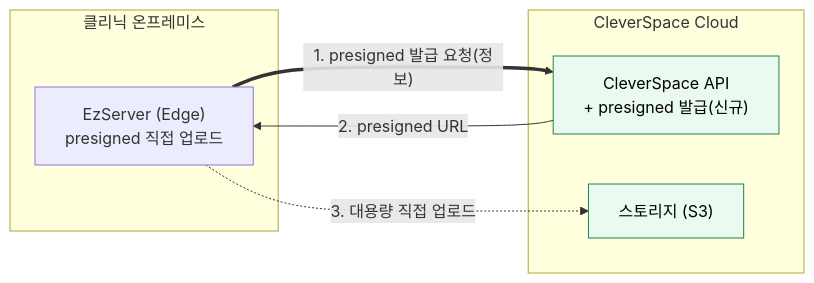
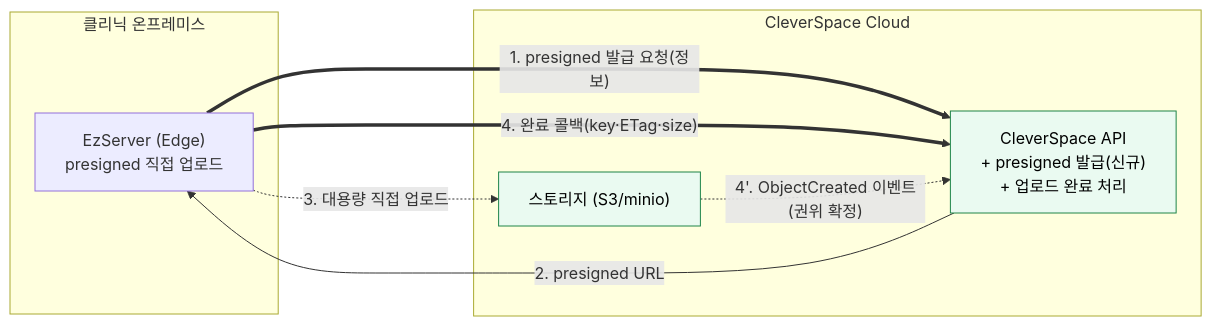
The fifth of 7 diagrams in docs/CleverAPI호환성체크/VatechAPIGateway_통합_Roadmap_보고서.md (gracegyu/scp-architecture), drawn with Mermaid before and after one commit. The commit also changed other lines of this file, not shown here.

Commit message:
문서 업데이트: VatechAPIGateway 통합 로드맵 보고서에서 업로드 완료 확인 방식(완료 콜백 + 스토리지 이벤트 조합)을 추가하고, 데이터 경로 분리 및 GW 단일 경유 변경 사항을 명확히 하여 문서의 이해도를 높였습니다. 이를 통해 통합 과정에서의 요구 사항과 절차를 구체적으로 정리하였습니다.

````diff
--- a/docs/CleverAPI호환성체크/VatechAPIGateway_통합_Roadmap_보고서.md
+++ b/docs/CleverAPI호환성체크/VatechAPIGateway_통합_Roadmap_보고서.md
@@ -260,17 +263,19 @@
 ```mermaid
 flowchart LR
     subgraph CLINIC["클리닉 온프레미스"]
         EZ["EzServer (Edge)<br/>presigned 직접 업로드"]
     end
     subgraph CLOUD["CleverSpace Cloud"]
-        CS["CleverSpace API<br/>+ presigned 발급(신규)"]
-        S3["스토리지 (S3)"]
+        CS["CleverSpace API<br/>+ presigned 발급(신규)<br/>+ 업로드 완료 처리"]
+        S3["스토리지 (S3/minio)"]
     end
 
     EZ ==>|"1. presigned 발급 요청(정보)"| CS
     CS -->|"2. presigned URL"| EZ
     EZ -.->|"3. 대용량 직접 업로드"| S3
+    EZ ==>|"4. 완료 콜백(key·ETag·size)"| CS
+    S3 -.->|"4'. ObjectCreated 이벤트(권위 확정)"| CS
 
     classDef new fill:#eafaf1,stroke:#1e8449,color:#000;
     class CS,S3 new;
 ```
````
